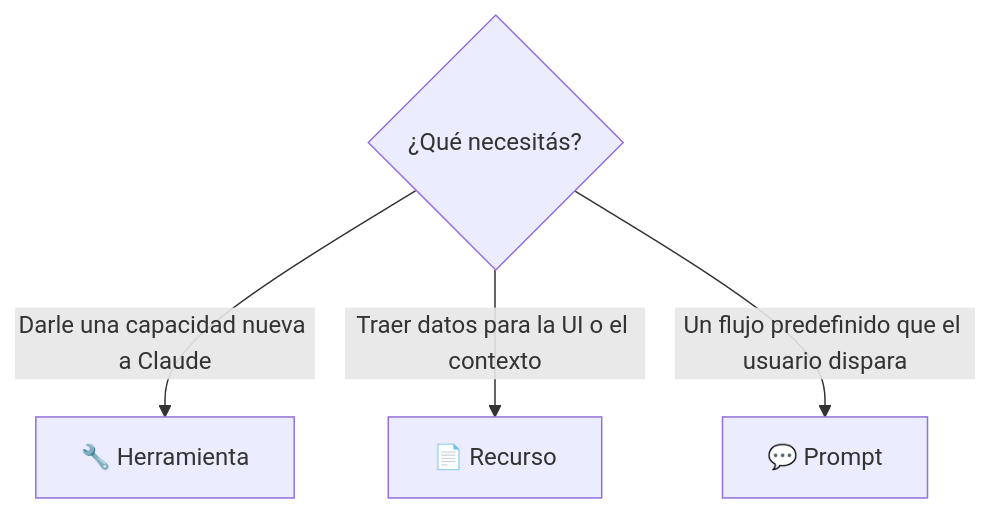
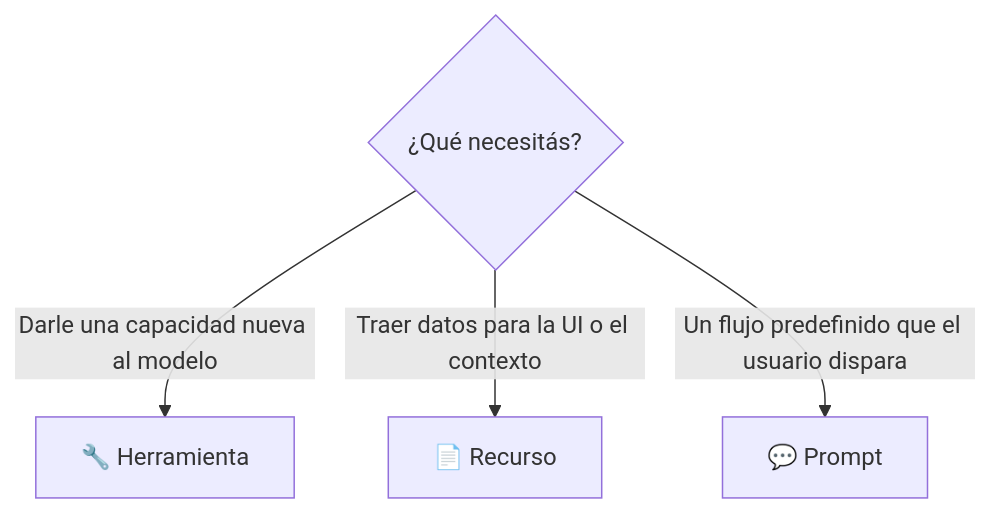
One commit to alvarezleonardo/MCP changed the second of 2 diagrams in Introduction to Model Context Protocol/07-primitivas-mcp.md. Above: the diagram before and after it, drawn with Mermaid. The commit also changed other lines of this file and 14 other files, not shown here.

````diff
--- a/Introduction to Model Context Protocol/07-primitivas-mcp.md
+++ b/Introduction to Model Context Protocol/07-primitivas-mcp.md
@@ -43,7 +43,7 @@
 ```mermaid
 flowchart TD
     Q{¿Qué necesitás?}
-    Q -->|Darle una capacidad nueva a Claude| T["🔧 Herramienta"]
+    Q -->|Darle una capacidad nueva al modelo| T["🔧 Herramienta"]
     Q -->|Traer datos para la UI o el contexto| R["📄 Recurso"]
     Q -->|Un flujo predefinido que el usuario dispara| P["💬 Prompt"]
 ```
````
